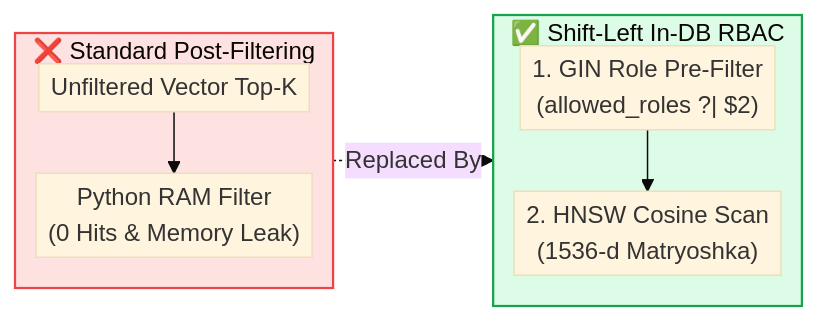
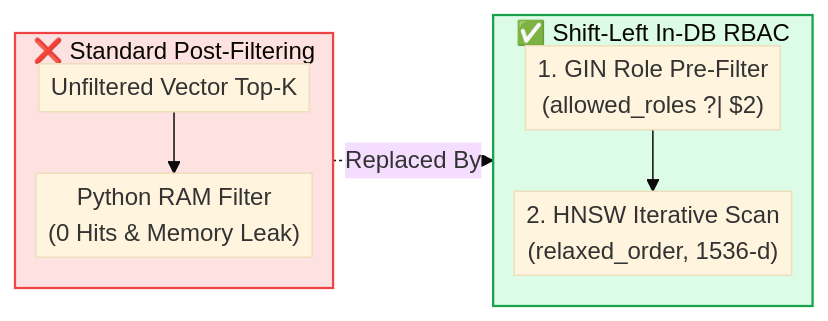
Before and after one commit to Kenono2000/enterprise-rag-pgvector-rbac: the second of 7 diagrams in README.md, drawn with Mermaid (base theme). The commit also changed other lines of this file and 3 other files, not shown here.

Commit message:
feat: Implement pgvector 0.8+ HNSW iterative scan configuration and update schema and tests

````diff
--- a/README.md
+++ b/README.md
@@ -46,15 +46,15 @@
 ```mermaid
 %%{init: {'flowchart': {'nodeSpacing': 8, 'rankSpacing': 16, 'padding': 4}}}%%
 flowchart LR
     subgraph PostFilter ["❌ Standard Post-Filtering"]
         direction TB
         PF1["Unfiltered Vector Top-K"] --> PF2["Python RAM Filter<br/>(0 Hits & Memory Leak)"]
     end
     subgraph PreFilter ["✅ Shift-Left In-DB RBAC"]
         direction TB
-        GIN["1. GIN Role Pre-Filter<br/>(allowed_roles ?| $2)"] --> HNSW["2. HNSW Cosine Scan<br/>(1536-d Matryoshka)"]
+        GIN["1. GIN Role Pre-Filter<br/>(allowed_roles ?| $2)"] --> HNSW["2. HNSW Iterative Scan<br/>(relaxed_order, 1536-d)"]
     end
     PostFilter -.->|"Replaced By"| PreFilter
     style PostFilter fill:#fee2e2,stroke:#ef4444,stroke-width:1.5px
     style PreFilter fill:#dcfce7,stroke:#16a34a,stroke-width:1.5px
 ```
````
